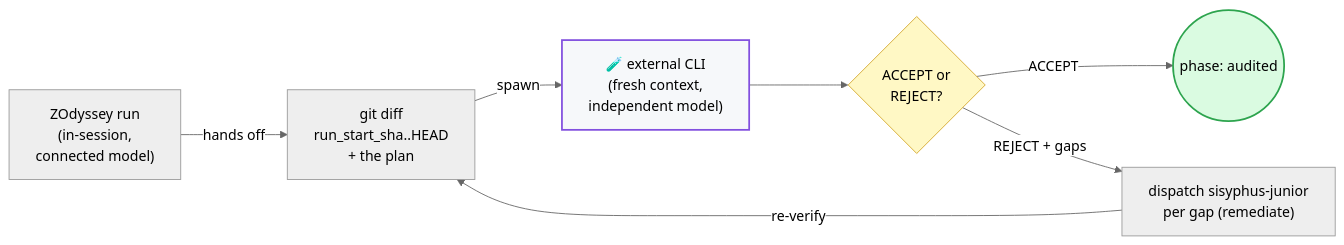
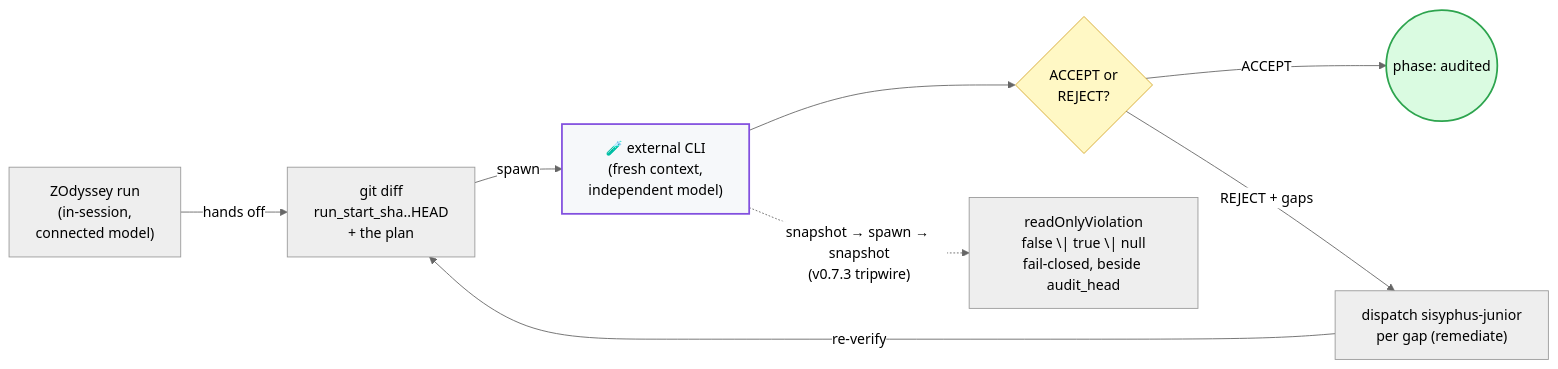
One commit to amartinawi/zodyssey changed the fifth of 6 diagrams in docs/diagrams.md. Above: the diagram before and after it, drawn with Mermaid (neutral theme). The commit also changed other lines of this file and 3 other files, not shown here.

First line of the commit message:
docs: catch README, ROADMAP and diagrams up through v0.7.3

````diff
--- a/docs/diagrams.md
+++ b/docs/diagrams.md
@@ -199,22 +199,23 @@
 ```mermaid
 flowchart LR
     RUN["ZOdyssey run<br/>(in-session,<br/>connected model)"]
     DIFF["git diff<br/>run_start_sha..HEAD<br/>+ the plan"]
     AUD["🧪 external CLI<br/>(fresh context,<br/>independent model)"]
     V{"ACCEPT or<br/>REJECT?"}
 
     RUN -- "hands off" --> DIFF
     DIFF -- "spawn" --> AUD
     AUD --> V
+    AUD -. "snapshot → spawn → snapshot<br/>(v0.7.3 tripwire)" .-> TRIP["readOnlyViolation<br/>false \| true \| null<br/>fail-closed, beside audit_head"]
 
     V -- "ACCEPT" --> OK(("phase: audited"))
     V -- "REJECT + gaps" --> REM["dispatch sisyphus-junior<br/>per gap (remediate)"]
     REM -- "re-verify" --> DIFF
 
     classDef ext fill:#f6f8fa,stroke:#8250df,stroke-width:2px;
     classDef good fill:#dafbe1,stroke:#2da44e,stroke-width:2px;
     classDef decision fill:#fff8c5,stroke:#d4a72c;
     class AUD ext;
     class OK good;
     class V decision;
 ```
````
